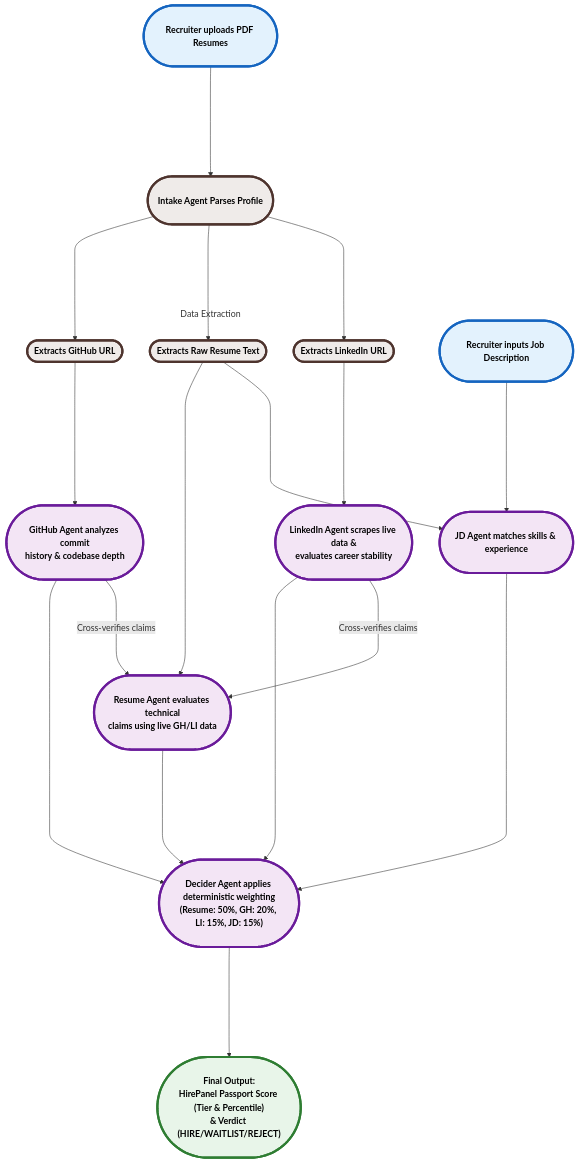
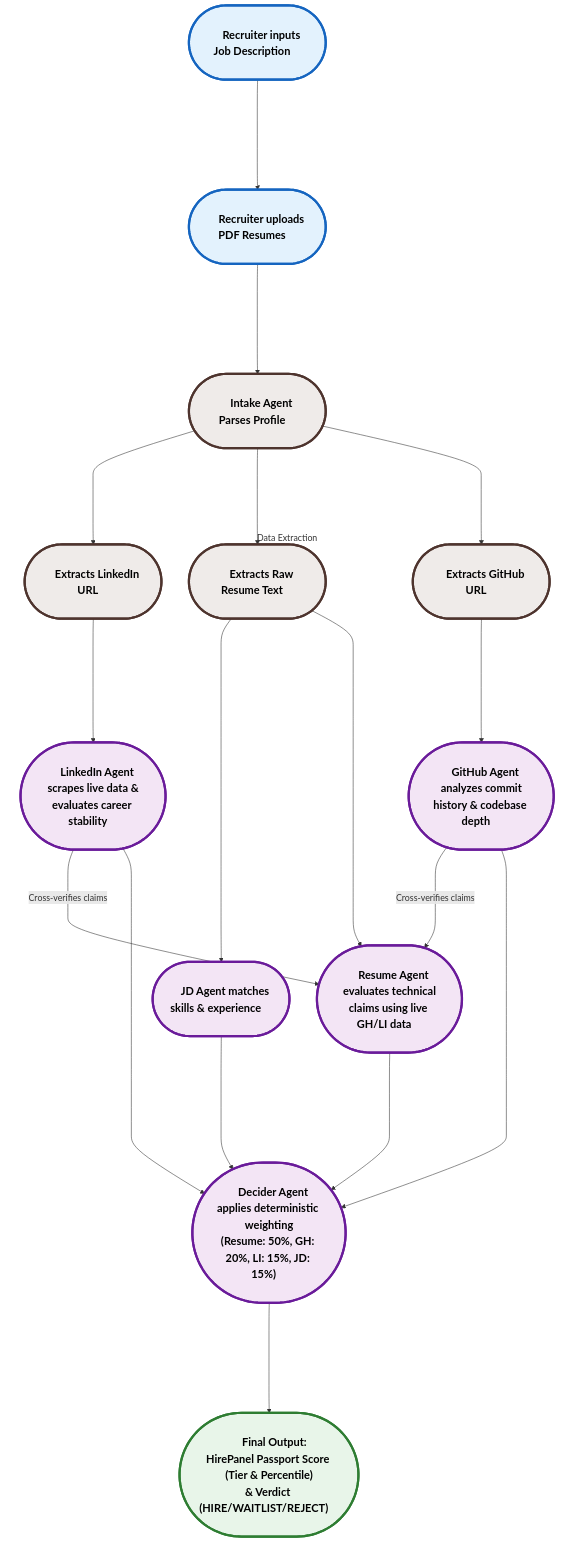
Before and after one commit to Mahesh-Nandigam/HirePanel.Ai: the diagram in README.md, drawn with Mermaid.

Commit message:
docs: style mermaid flowchart diagram to be bigger and more beautiful

````diff
--- a/README.md
+++ b/README.md
@@ -20,63 +20,64 @@
 ```mermaid
 flowchart TD
     %% Define styles for clean appearance, larger font and high contrast text
-    classDef input fill:#e3f2fd,stroke:#1565c0,stroke-width:4px,color:#000,font-size:16px,font-weight:bold;
-    classDef agent fill:#f3e5f5,stroke:#6a1b9a,stroke-width:4px,color:#000,font-size:16px,font-weight:bold;
-    classDef step fill:#efebe9,stroke:#4e342e,stroke-width:4px,color:#000,font-size:16px,font-weight:bold;
-    classDef output fill:#e8f5e9,stroke:#2e7d32,stroke-width:4px,color:#000,font-size:16px,font-weight:bold;
+    classDef input fill:#e3f2fd,stroke:#1565c0,stroke-width:4px,color:#000,font-size:20px,font-weight:bold;
+    classDef agent fill:#f3e5f5,stroke:#6a1b9a,stroke-width:4px,color:#000,font-size:20px,font-weight:bold;
+    classDef step fill:#efebe9,stroke:#4e342e,stroke-width:4px,color:#000,font-size:20px,font-weight:bold;
+    classDef output fill:#e8f5e9,stroke:#2e7d32,stroke-width:4px,color:#000,font-size:20px,font-weight:bold;
 
     %% 1. Inputs
-    RecruiterJD(["<br/>Recruiter inputs Job Description<br/>&nbsp;"])
-    RecruiterPDF(["<br/>Recruiter uploads PDF Resumes<br/>&nbsp;"])
+    RecruiterJD(["<br/>&nbsp;&nbsp;&nbsp;&nbsp;Recruiter inputs Job Description&nbsp;&nbsp;&nbsp;&nbsp;<br/>&nbsp;"])
+    RecruiterPDF(["<br/>&nbsp;&nbsp;&nbsp;&nbsp;Recruiter uploads PDF Resumes&nbsp;&nbsp;&nbsp;&nbsp;<br/>&nbsp;"])
+
+    RecruiterJD -----> RecruiterPDF
 
     %% 2. Intake
-    Intake(["<br/>Intake Agent Parses Profile<br/>&nbsp;"])
+    Intake(["<br/>&nbsp;&nbsp;&nbsp;&nbsp;Intake Agent Parses Profile&nbsp;&nbsp;&nbsp;&nbsp;<br/>&nbsp;"])
     RecruiterPDF -----> Intake
 
     %% 3. Parsing & Routing
     subgraph ExtractionStage ["Data Extraction"]
-        ExtractLI(["Extracts LinkedIn URL"])
-        ExtractTxt(["Extracts Raw Resume Text"])
-        ExtractGH(["Extracts GitHub URL"])
+        ExtractLI(["<br/>&nbsp;&nbsp;&nbsp;&nbsp;Extracts LinkedIn URL&nbsp;&nbsp;&nbsp;&nbsp;<br/>&nbsp;"])
+        ExtractTxt(["<br/>&nbsp;&nbsp;&nbsp;&nbsp;Extracts Raw Resume Text&nbsp;&nbsp;&nbsp;&nbsp;<br/>&nbsp;"])
+        ExtractGH(["<br/>&nbsp;&nbsp;&nbsp;&nbsp;Extracts GitHub URL&nbsp;&nbsp;&nbsp;&nbsp;<br/>&nbsp;"])
     end
     style ExtractionStage fill:none,stroke:none;
 
     Intake ----> ExtractLI
     Intake ----> ExtractTxt
     Intake ----> ExtractGH
 
     %% 4. Parallel Assessment Agents
-    JDAgent(["<br/>JD Agent matches skills & experience<br/>&nbsp;"])
-    LIAgent(["<br/>LinkedIn Agent scrapes live data &<br/>evaluates career stability<br/>&nbsp;"])
-    GHAgent(["<br/>GitHub Agent analyzes commit<br/>history & codebase depth<br/>&nbsp;"])
+    JDAgent(["<br/>&nbsp;&nbsp;&nbsp;&nbsp;JD Agent matches skills & experience&nbsp;&nbsp;&nbsp;&nbsp;<br/>&nbsp;"])
+    LIAgent(["<br/>&nbsp;&nbsp;&nbsp;&nbsp;LinkedIn Agent scrapes live data &<br/>evaluates career stability&nbsp;&nbsp;&nbsp;&nbsp;<br/>&nbsp;"])
+    GHAgent(["<br/>&nbsp;&nbsp;&nbsp;&nbsp;GitHub Agent analyzes commit<br/>history & codebase depth&nbsp;&nbsp;&nbsp;&nbsp;<br/>&nbsp;"])
 
-    RecruiterJD -----> JDAgent
     ExtractTxt -----> JDAgent
     
     ExtractLI -----> LIAgent
     ExtractGH -----> GHAgent
 
     %% 5. Cross Verification (Resume Agent runs LAST in this tier)
-    ResAgent(["<br/>Resume Agent evaluates technical<br/>claims using live GH/LI data<br/>&nbsp;"])
+    ResAgent(["<br/>&nbsp;&nbsp;&nbsp;&nbsp;Resume Agent evaluates technical<br/>claims using live GH/LI data&nbsp;&nbsp;&nbsp;&nbsp;<br/>&nbsp;"])
     
     ExtractTxt -----> ResAgent
     LIAgent ---->|Cross-verifies claims| ResAgent
     GHAgent ---->|Cross-verifies claims| ResAgent
 
     %% 6. Final Deterministic Weighting
-    Decider(["<br/>Decider Agent applies deterministic weighting<br/>(Resume: 50%, GH: 20%, LI: 15%, JD: 15%)<br/>&nbsp;"])
+    Decider(["<br/>&nbsp;&nbsp;&nbsp;&nbsp;Decider Agent applies deterministic weighting<br/>(Resume: 50%, GH: 20%, LI: 15%, JD: 15%)&nbsp;&nbsp;&nbsp;&nbsp;<br/>&nbsp;"])
     
     JDAgent -----> Decider
     LIAgent -----> Decider
     GHAgent -----> Decider
     ResAgent -----> Decider
 
     %% 7. Verdict
-    Verdict(["<br/>Final Output:<br/>HirePanel Passport Score (Tier & Percentile)<br/>& Verdict (HIRE/WAITLIST/REJECT)<br/>&nbsp;"])
+    Verdict(["<br/>&nbsp;&nbsp;&nbsp;&nbsp;Final Output:<br/>HirePanel Passport Score (Tier & Percentile)<br/>& Verdict (HIRE/WAITLIST/REJECT)&nbsp;&nbsp;&nbsp;&nbsp;<br/>&nbsp;"])
     Decider -----> Verdict
 
     class RecruiterJD,RecruiterPDF input;
     class Intake,ExtractGH,ExtractLI,ExtractTxt step;
     class GHAgent,LIAgent,ResAgent,JDAgent,Decider agent;
     class Verdict output;
 ```
````
